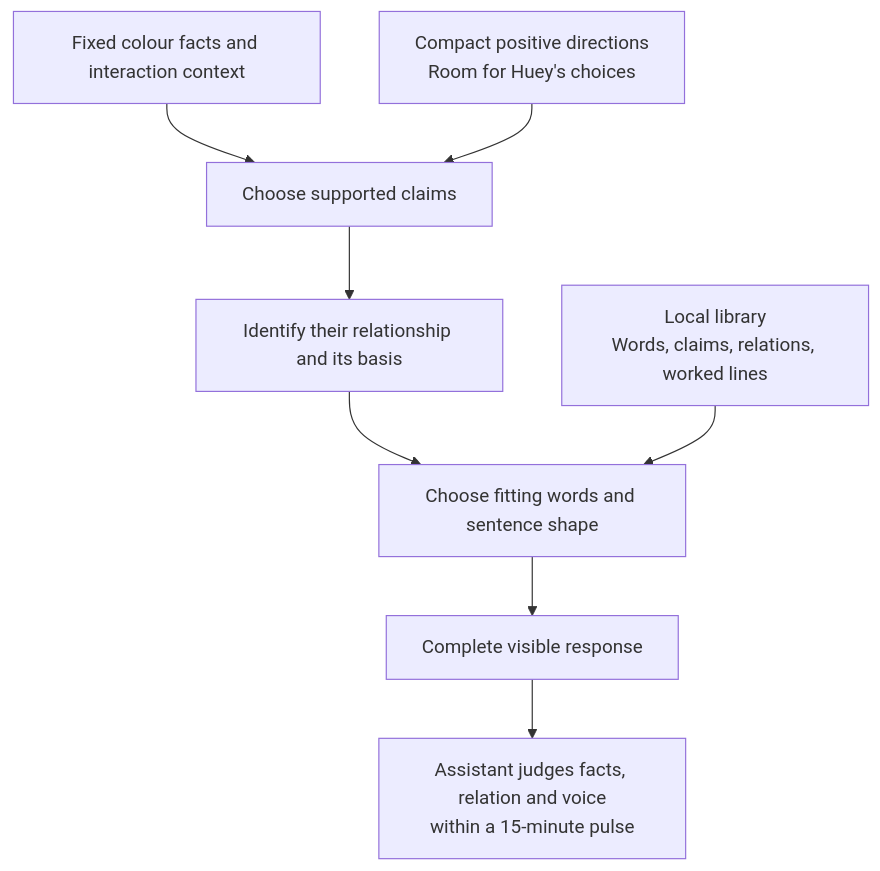
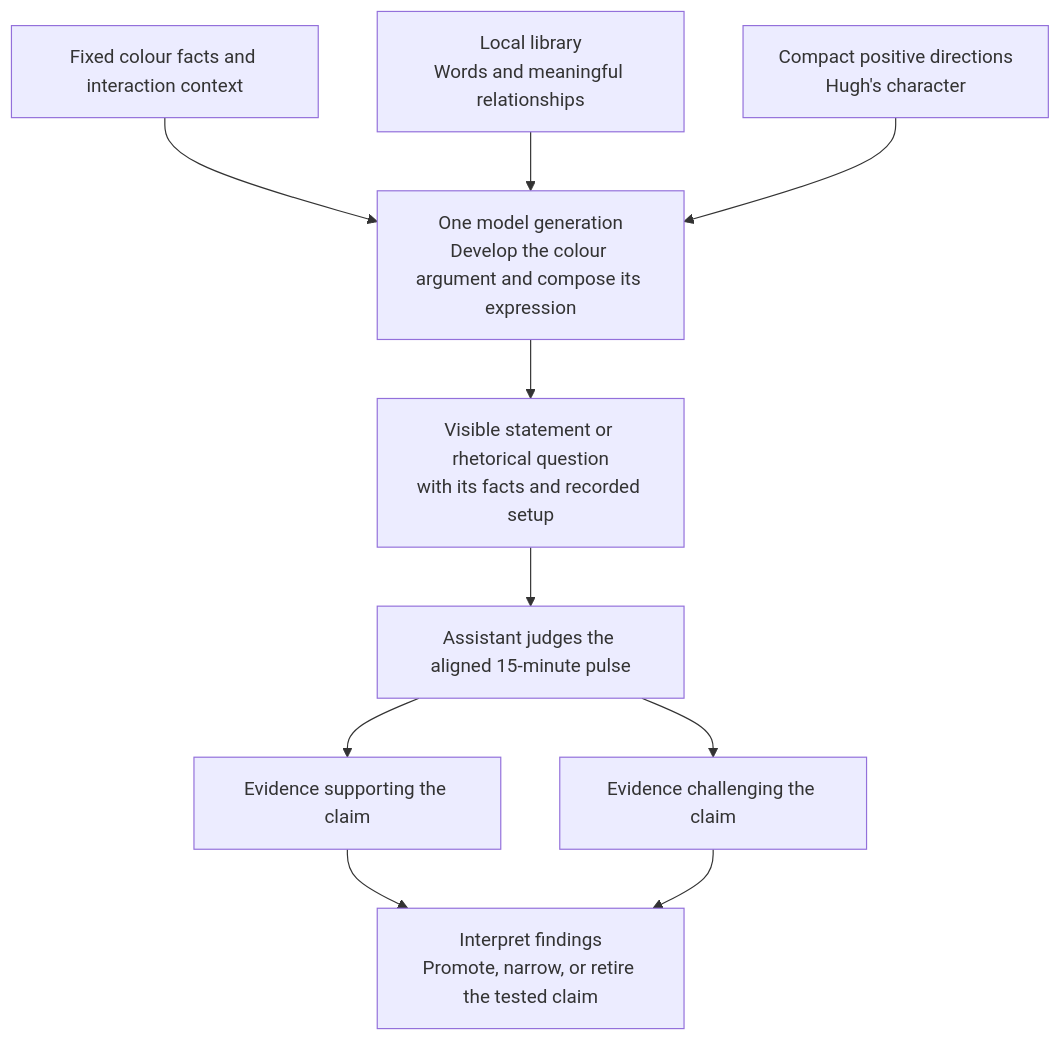
One commit to tryskian/huemiliator changed the diagram in docs/research/450_LOCAL_LANGUAGE.md. Above: the diagram before and after it, drawn with Mermaid. The commit also changed other lines of this file and 5 other files, not shown here.

````diff
--- a/docs/research/450_LOCAL_LANGUAGE.md
+++ b/docs/research/450_LOCAL_LANGUAGE.md
@@ -410,10 +90,12 @@
 ```mermaid
 flowchart TD
-  F["Fixed colour facts and interaction context"] --> C["Choose supported claims"]
-  C --> R["Identify their relationship and its basis"]
-  R --> W["Choose fitting words and sentence shape"]
-  L["Local library<br/>Words, claims, relations, worked lines"] --> W
-  P["Compact positive directions<br/>Room for Huey's choices"] --> C
-  W --> O["Complete visible response"]
-  O --> E["Assistant judges facts, relation and voice<br/>within a 15-minute pulse"]
+  F["Fixed colour facts and interaction context"] --> M
+  L["Local library<br/>Words and meaningful relationships"] --> M
+  P["Compact positive directions<br/>Hugh's character"] --> M
+  M["One model generation<br/>Develop the colour argument and compose its expression"] --> O
+  O["Visible statement or rhetorical question<br/>with its facts and recorded setup"] --> E
+  E["Assistant judges the aligned 15-minute pulse"] --> S["Evidence supporting the claim"]
+  E --> B["Evidence challenging the claim"]
+  S --> N["Interpret findings<br/>Promote, narrow, or retire the tested claim"]
+  B --> N
 ```
````
